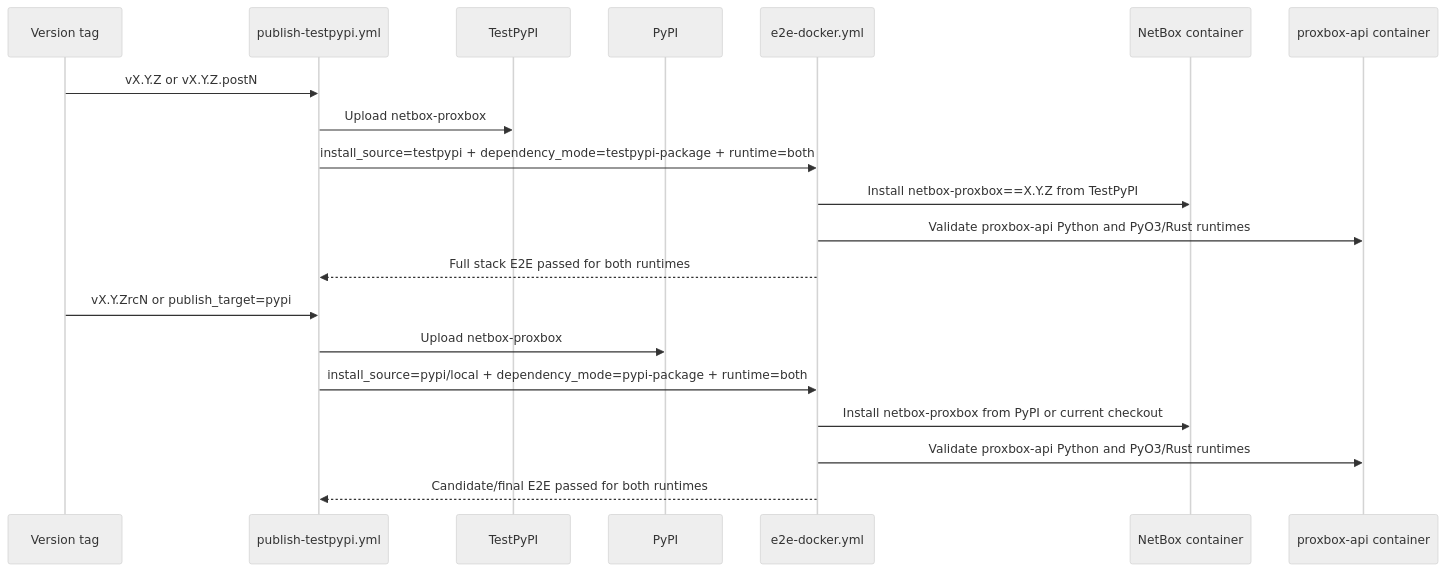
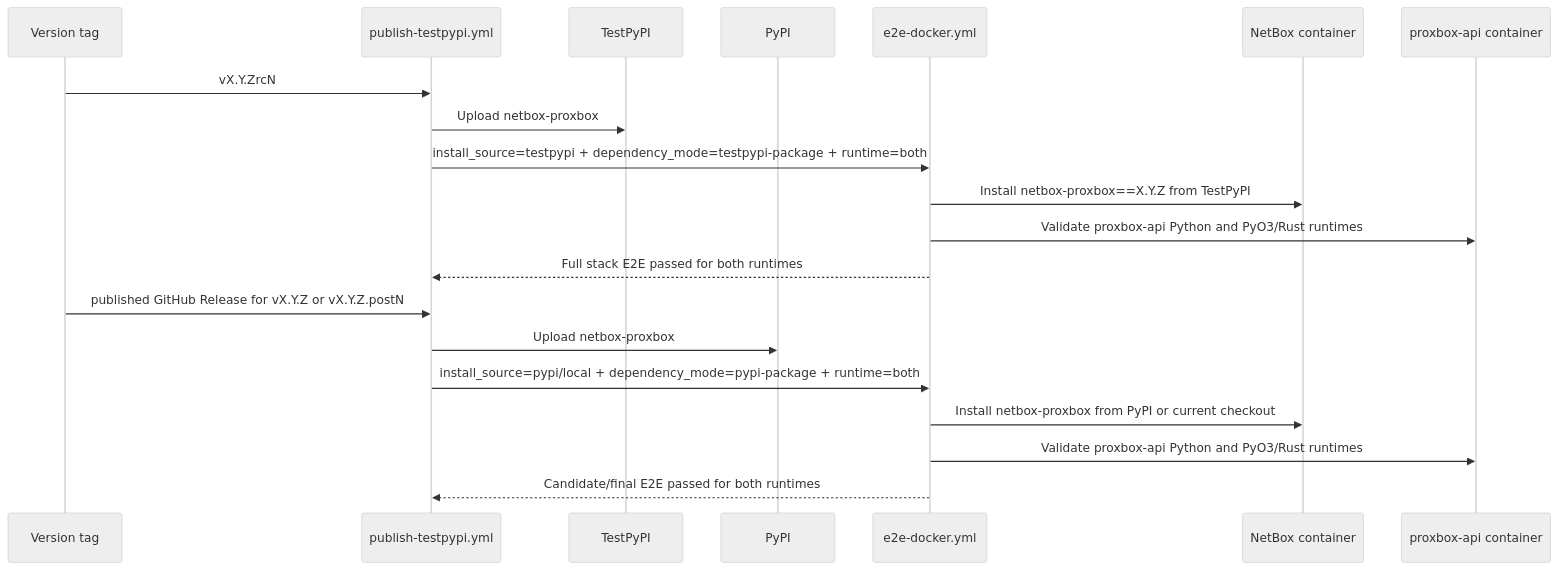
The second of 2 diagrams in docs/developer/ci-e2e-workflows.md (emersonfelipesp/netbox-proxbox), drawn with Mermaid (neutral theme) before and after one commit. The commit also changed other lines of this file and 44 other files, not shown here.

````diff
--- a/docs/developer/ci-e2e-workflows.md
+++ b/docs/developer/ci-e2e-workflows.md
@@ -256,24 +256,24 @@
 ```mermaid
 sequenceDiagram
     participant Tag as Version tag
     participant WF as publish-testpypi.yml
     participant TP as TestPyPI
     participant PY as PyPI
     participant E2E as e2e-docker.yml
     participant NB as NetBox container
     participant API as proxbox-api container
 
-    Tag->>WF: vX.Y.Z or vX.Y.Z.postN
+    Tag->>WF: vX.Y.ZrcN
     WF->>TP: Upload netbox-proxbox
     WF->>E2E: install_source=testpypi + dependency_mode=testpypi-package + runtime=both
     E2E->>NB: Install netbox-proxbox==X.Y.Z from TestPyPI
     E2E->>API: Validate proxbox-api Python and PyO3/Rust runtimes
     E2E-->>WF: Full stack E2E passed for both runtimes
 
-    Tag->>WF: vX.Y.ZrcN or publish_target=pypi
+    Tag->>WF: published GitHub Release for vX.Y.Z or vX.Y.Z.postN
     WF->>PY: Upload netbox-proxbox
     WF->>E2E: install_source=pypi/local + dependency_mode=pypi-package + runtime=both
     E2E->>NB: Install netbox-proxbox from PyPI or current checkout
     E2E->>API: Validate proxbox-api Python and PyO3/Rust runtimes
     E2E-->>WF: Candidate/final E2E passed for both runtimes
 ```
````
